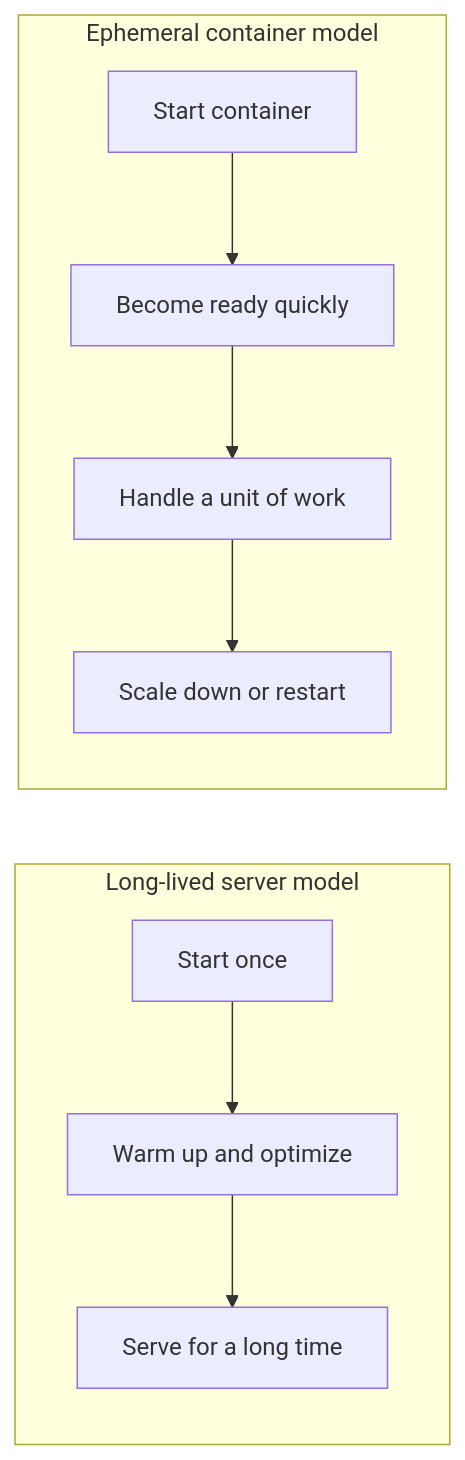
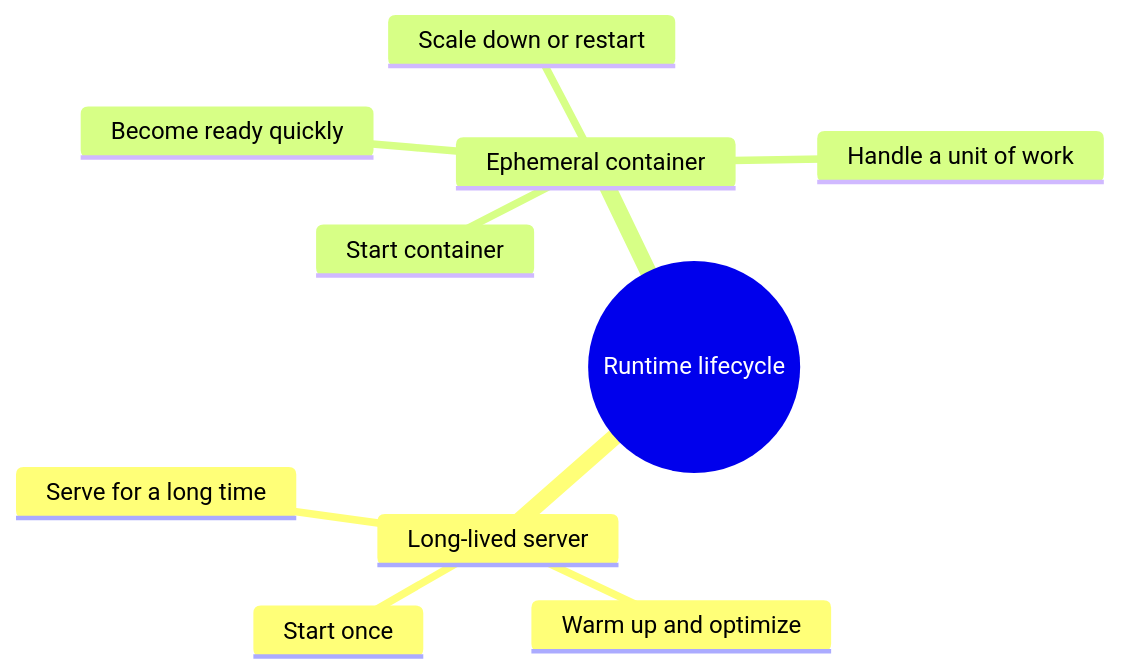
Before and after one commit to dyotamo/blog: the second of 3 diagrams in content/articles/your-language-is-special/index.md, drawn with Mermaid. The commit also changed other lines of this file and 26 other files, not shown here.

````diff
--- a/content/articles/your-language-is-special/index.md
+++ b/content/articles/your-language-is-special/index.md
@@ -58,9 +60,13 @@
 ```mermaid
-flowchart LR
-    subgraph LongLived[Long-lived server model]
-        A1[Start once] --> A2[Warm up and optimize] --> A3[Serve for a long time]
-    end
-    subgraph Ephemeral[Ephemeral container model]
-        B1[Start container] --> B2[Become ready quickly] --> B3[Handle a unit of work] --> B4[Scale down or restart]
-    end
+mindmap
+  root((Runtime lifecycle))
+    Long-lived server
+      Start once
+      Warm up and optimize
+      Serve for a long time
+    Ephemeral container
+      Start container
+      Become ready quickly
+      Handle a unit of work
+      Scale down or restart
 ```
````
